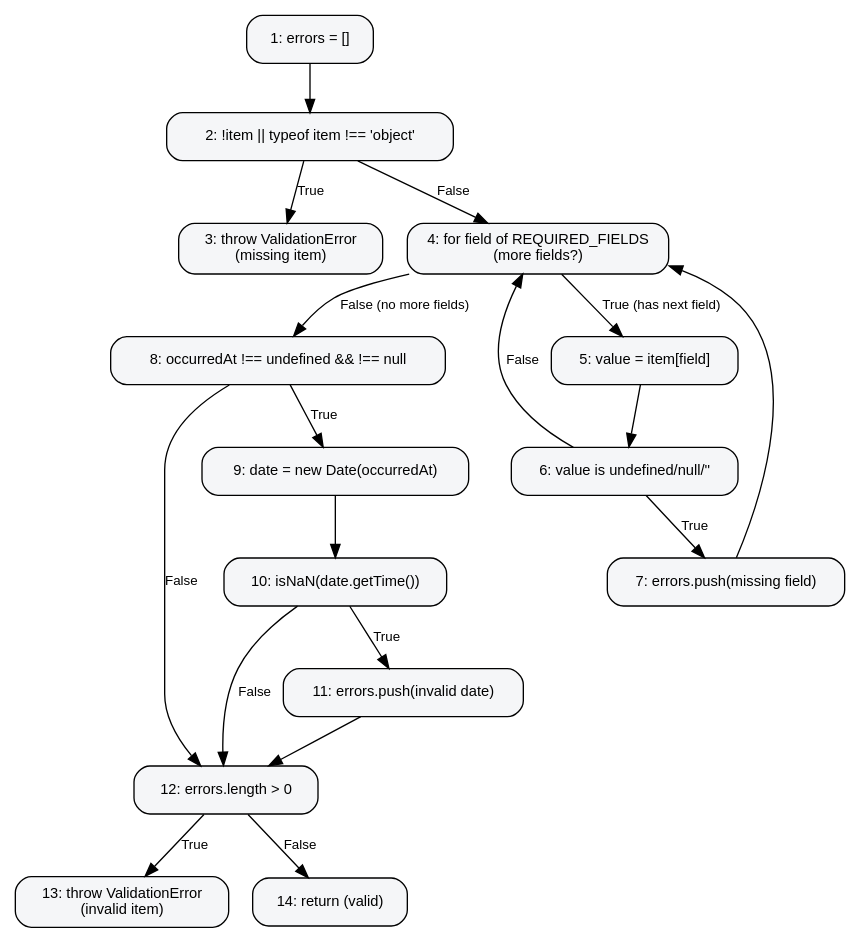
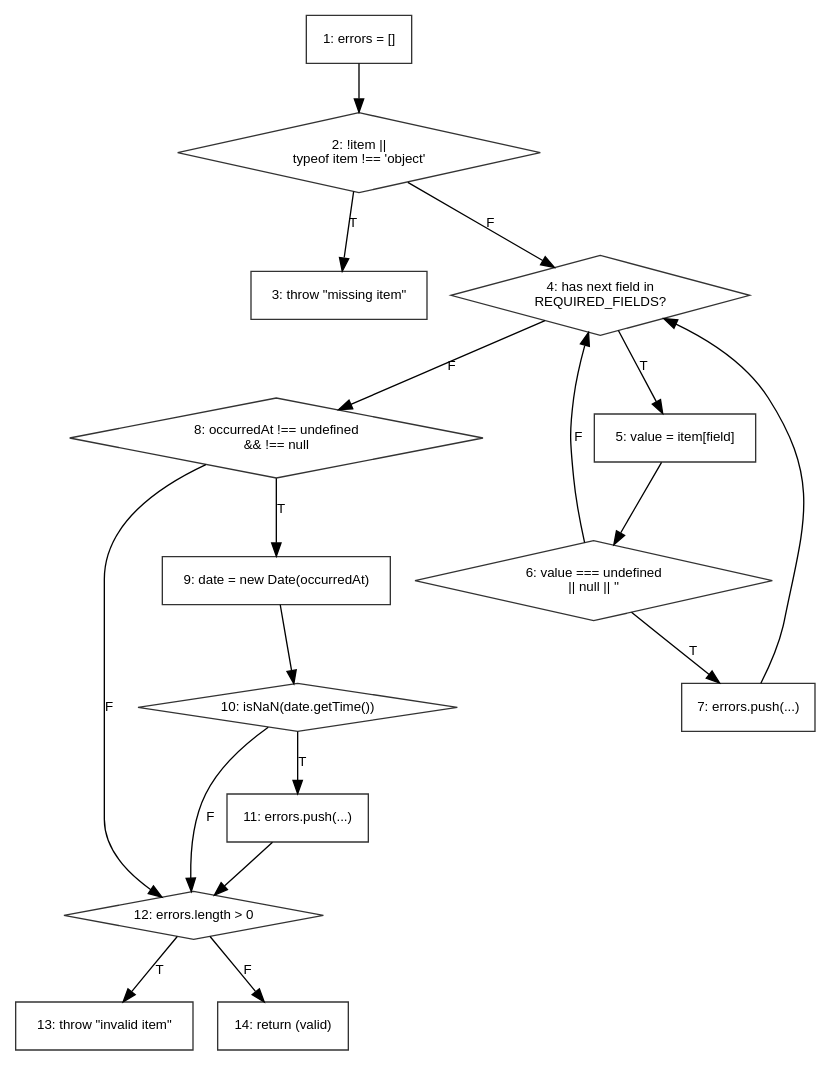
The diagram in report-assets/cfg/validateItemForMatching.dot (Meili1407/Software-Testing-LostFound), drawn with Graphviz before and after one commit. The commit also changed 28 other files, not shown here.

```diff
--- a/report-assets/cfg/validateItemForMatching.dot
+++ b/report-assets/cfg/validateItemForMatching.dot
@@ -1,38 +1,38 @@
 digraph validateItemForMatching {
   rankdir=TB;
-  node [shape=box, style="rounded,filled", fillcolor="#f5f6f8", fontname="Helvetica", fontsize=11, margin="0.15,0.1"];
+  node [shape=box, style="", fontname="Helvetica", fontsize=10, color="#333333"];
   edge [fontname="Helvetica", fontsize=10];
 
   N1 [label="1: errors = []"];
-  N2 [label="2: !item || typeof item !== 'object'"];
-  N3 [label="3: throw ValidationError\n(missing item)"];
-  N4 [label="4: for field of REQUIRED_FIELDS\n(more fields?)"];
+  N2 [shape=diamond, label="2: !item ||\ntypeof item !== 'object'"];
+  N3 [label="3: throw \"missing item\""];
+  N4 [shape=diamond, label="4: has next field in\nREQUIRED_FIELDS?"];
   N5 [label="5: value = item[field]"];
-  N6 [label="6: value is undefined/null/''"];
-  N7 [label="7: errors.push(missing field)"];
-  N8 [label="8: occurredAt !== undefined && !== null"];
+  N6 [shape=diamond, label="6: value === undefined\n|| null || ''"];
+  N7 [label="7: errors.push(...)"];
+  N8 [shape=diamond, label="8: occurredAt !== undefined\n&& !== null"];
   N9 [label="9: date = new Date(occurredAt)"];
-  N10 [label="10: isNaN(date.getTime())"];
-  N11 [label="11: errors.push(invalid date)"];
-  N12 [label="12: errors.length > 0"];
-  N13 [label="13: throw ValidationError\n(invalid item)"];
+  N10 [shape=diamond, label="10: isNaN(date.getTime())"];
+  N11 [label="11: errors.push(...)"];
+  N12 [shape=diamond, label="12: errors.length > 0"];
+  N13 [label="13: throw \"invalid item\""];
   N14 [label="14: return (valid)"];
 
   N1 -> N2;
-  N2 -> N3 [label="True"];
-  N2 -> N4 [label="False"];
-  N4 -> N5 [label="True (has next field)"];
+  N2 -> N3 [label="T"];
+  N2 -> N4 [label="F"];
+  N4 -> N5 [label="T"];
   N5 -> N6;
-  N6 -> N7 [label="True"];
-  N6 -> N4 [label="False"];
+  N6 -> N7 [label="T"];
+  N6 -> N4 [label="F"];
   N7 -> N4;
-  N4 -> N8 [label="False (no more fields)"];
-  N8 -> N9 [label="True"];
-  N8 -> N12 [label="False"];
+  N4 -> N8 [label="F"];
+  N8 -> N9 [label="T"];
   N9 -> N10;
-  N10 -> N11 [label="True"];
-  N10 -> N12 [label="False"];
+  N10 -> N11 [label="T"];
+  N10 -> N12 [label="F"];
   N11 -> N12;
-  N12 -> N13 [label="True"];
-  N12 -> N14 [label="False"];
+  N8 -> N12 [label="F"];
+  N12 -> N13 [label="T"];
+  N12 -> N14 [label="F"];
 }
```
